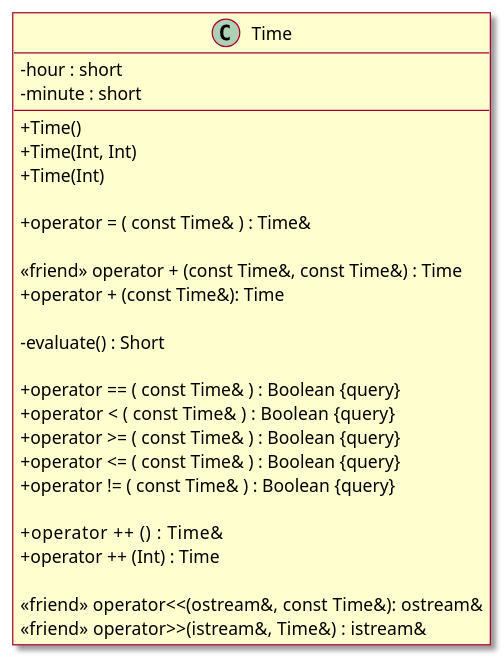
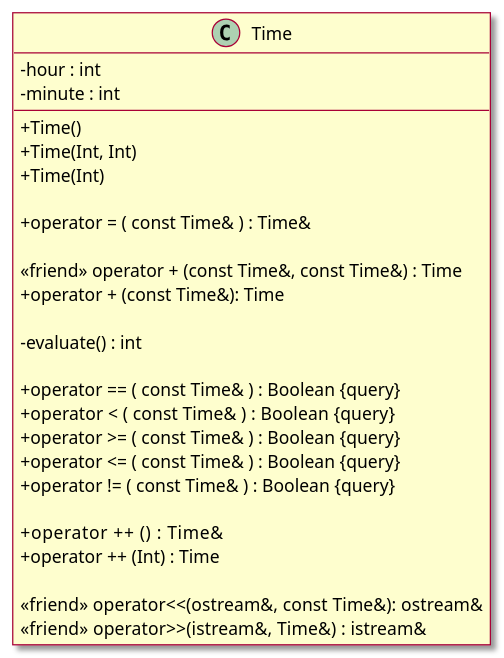
Before and after one commit to HE-Arc/1242.2-Langage_CPP: the diagram in content/docs/cours/03_Surcharge_des_operateurs.md, drawn with PlantUML.

Commit message:
DONE Changed from short to int

```diff
--- a/content/docs/cours/03_Surcharge_des_operateurs.md
+++ b/content/docs/cours/03_Surcharge_des_operateurs.md
@@ -737,35 +737,35 @@
 {{< plantuml id="chap3_exo1.1">}}
 @startuml
 skin rose
 skinparam classAttributeIconSize 0
 
 class Time {
-    - hour : short
-    - minute : short
+    - hour : int
+    - minute : int
 
 + Time()
 + Time(Int, Int)
 + Time(Int)
 
 + operator = ( const Time& ) : Time& 
 
 <<friend>> operator + (const Time&, const Time&) : Time
 + operator + (const Time&): Time
 
-- evaluate() : Short
+- evaluate() : int
 
 + operator == ( const Time& ) : Boolean {query}
 + operator <  ( const Time& ) : Boolean {query}
 + operator >= ( const Time& ) : Boolean {query}
 + operator <= ( const Time& ) : Boolean {query}
 + operator != ( const Time& ) : Boolean {query}
 
 + operator ++ ()    : Time& 
 + operator ++ (Int) : Time 
 
 <<friend>> operator<<(ostream&,  const Time&): ostream& 
 <<friend>> operator>>(istream&,  Time&) : istream& 
 
 } 
 @enduml
 {{< /plantuml >}}
```
